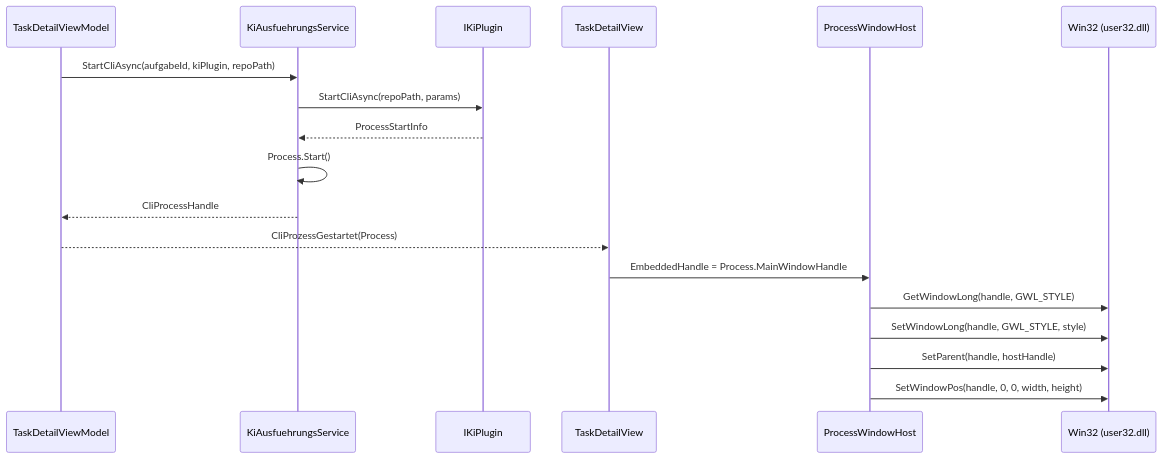
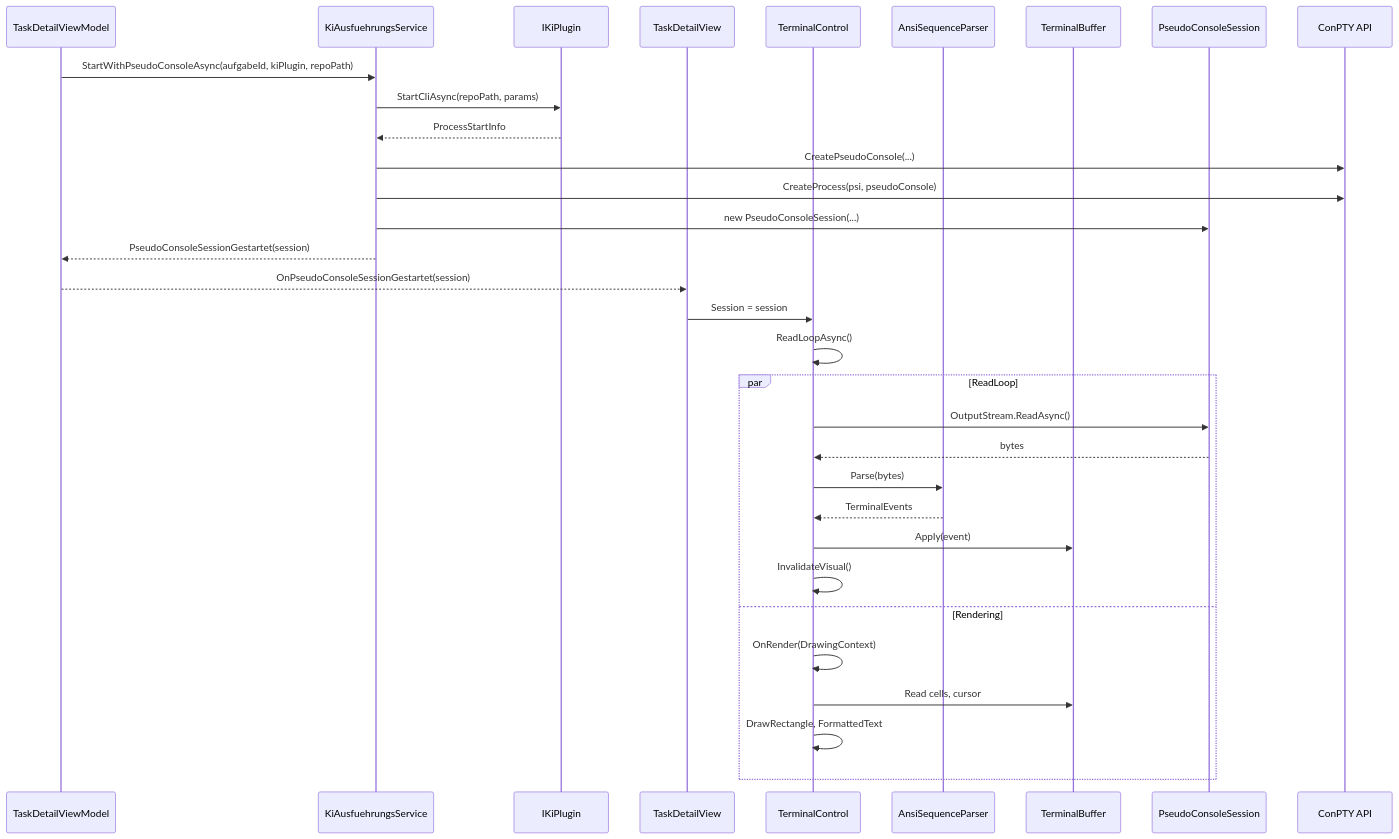
Before and after one commit to martin-stromberg/Softwareschmiede: the diagram in docs/help/terminal/ablauf-technisch.md, drawn with Mermaid. The commit also changed other lines of this file and 7 other files, not shown here.

First line of the commit message:
docs: Vollständige Dokumentation für ConPTY-Terminal-Integration

````diff
--- a/docs/help/terminal/ablauf-technisch.md
+++ b/docs/help/terminal/ablauf-technisch.md
@@ -61,21 +115,35 @@
 ```mermaid
 sequenceDiagram
     participant VM as TaskDetailViewModel
     participant SVC as KiAusfuehrungsService
     participant PLUGIN as IKiPlugin
     participant VIEW as TaskDetailView
-    participant HOST as ProcessWindowHost
-    participant WIN32 as Win32 (user32.dll)
+    participant CTRL as TerminalControl
+    participant PARSER as AnsiSequenceParser
+    participant BUF as TerminalBuffer
+    participant SESSION as PseudoConsoleSession
+    participant WIN32 as ConPTY API
 
-    VM->>SVC: StartCliAsync(aufgabeId, kiPlugin, repoPath)
+    VM->>SVC: StartWithPseudoConsoleAsync(aufgabeId, kiPlugin, repoPath)
     SVC->>PLUGIN: StartCliAsync(repoPath, params)
     PLUGIN-->>SVC: ProcessStartInfo
-    SVC->>SVC: Process.Start()
-    SVC-->>VM: CliProcessHandle
-    VM-->>VIEW: CliProzessGestartet(Process)
-    VIEW->>HOST: EmbeddedHandle = Process.MainWindowHandle
-    HOST->>WIN32: GetWindowLong(handle, GWL_STYLE)
-    HOST->>WIN32: SetWindowLong(handle, GWL_STYLE, style)
-    HOST->>WIN32: SetParent(handle, hostHandle)
-    HOST->>WIN32: SetWindowPos(handle, 0, 0, width, height)
+    SVC->>WIN32: CreatePseudoConsole(...)
+    SVC->>WIN32: CreateProcess(psi, pseudoConsole)
+    SVC->>SESSION: new PseudoConsoleSession(...)
+    SVC-->>VM: PseudoConsoleSessionGestartet(session)
+    VM-->>VIEW: OnPseudoConsoleSessionGestartet(session)
+    VIEW->>CTRL: Session = session
+    CTRL->>CTRL: ReadLoopAsync()
+    par ReadLoop
+        CTRL->>SESSION: OutputStream.ReadAsync()
+        SESSION-->>CTRL: bytes
+        CTRL->>PARSER: Parse(bytes)
+        PARSER-->>CTRL: TerminalEvents
+        CTRL->>BUF: Apply(event)
+        CTRL->>CTRL: InvalidateVisual()
+    and Rendering
+        CTRL->>CTRL: OnRender(DrawingContext)
+        CTRL->>BUF: Read cells, cursor
+        CTRL->>CTRL: DrawRectangle, FormattedText
+    end
 ```
````
